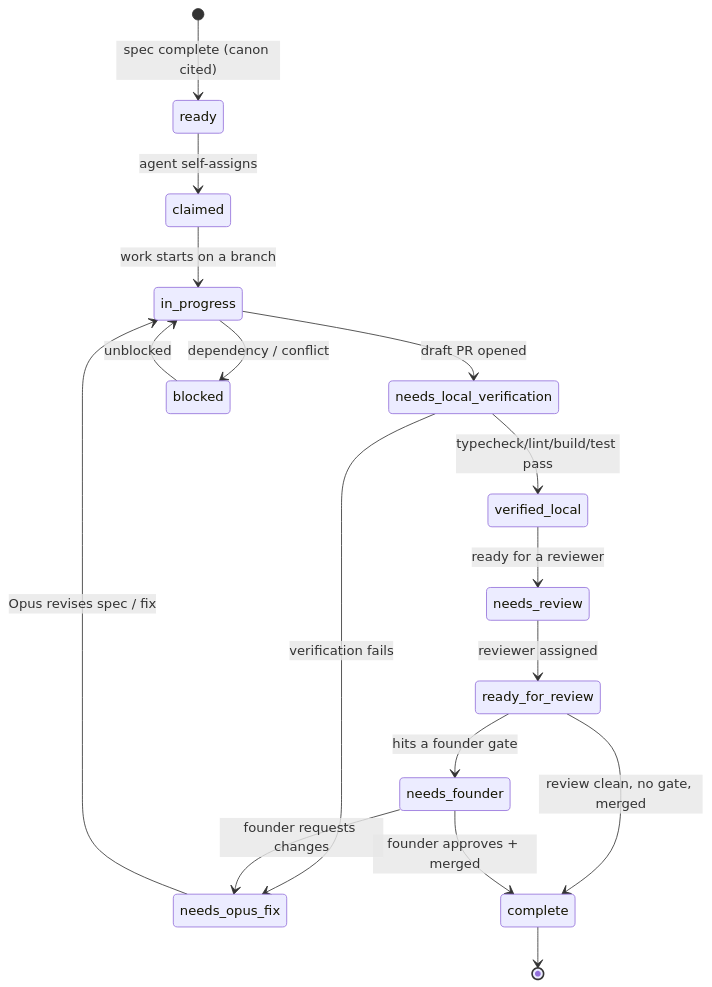
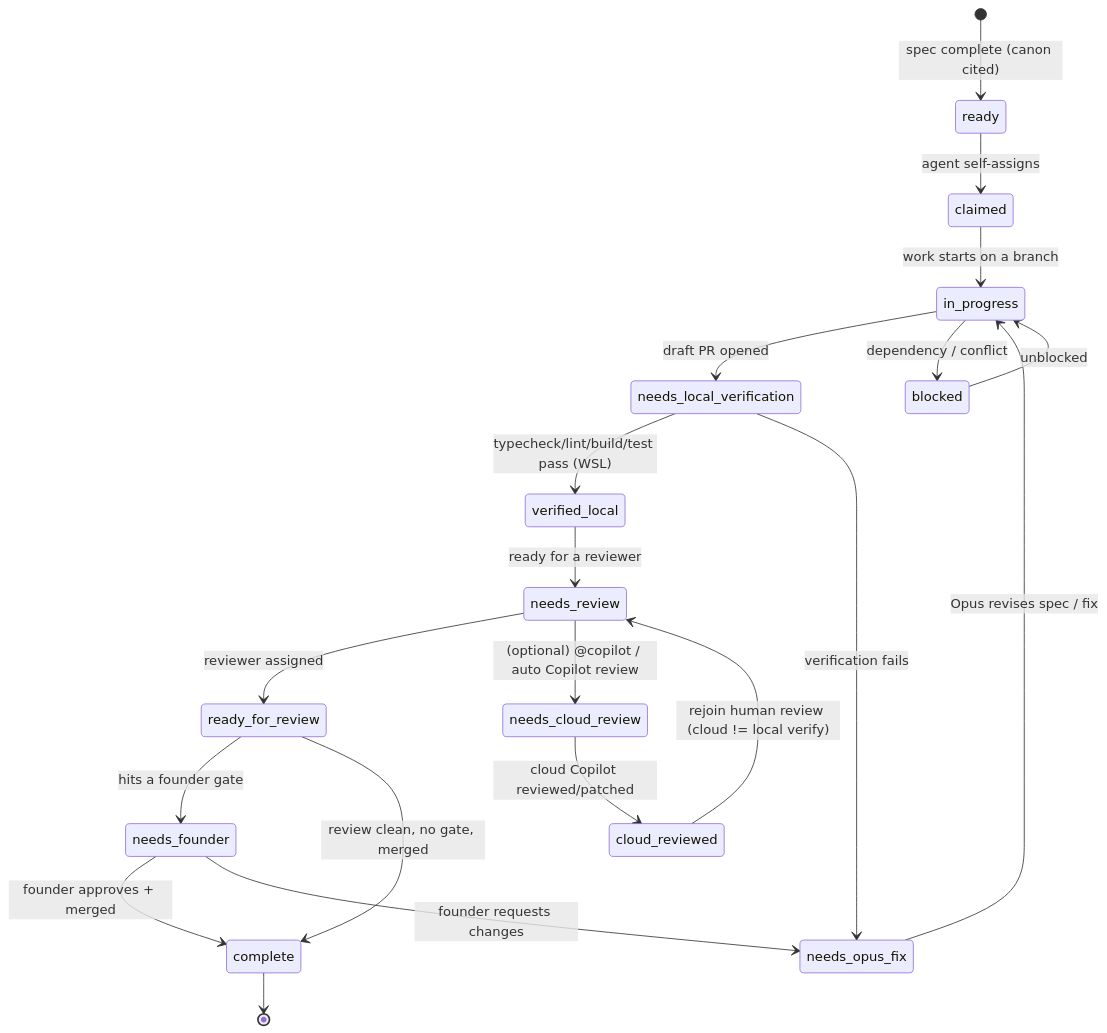
Before and after one commit to AutomatedEmpires/explore-and-earn: the diagram in docs/agents/relay-state-machine.md, drawn with Mermaid. The commit also changed other lines of this file and 8 other files, not shown here.

Commit message:
docs(agents): model two Copilots + optional cloud-review statuses (needs-cloud-review/cloud-reviewed), add Opus→Cloud→VSCode→Opus handoff templates, sync templates + seeds

````diff
--- a/docs/agents/relay-state-machine.md
+++ b/docs/agents/relay-state-machine.md
@@ -10,19 +10,24 @@
 ```mermaid
 stateDiagram-v2
     [*] --> ready: spec complete (canon cited)
     ready --> claimed: agent self-assigns
     claimed --> in_progress: work starts on a branch
     in_progress --> needs_local_verification: draft PR opened
-    needs_local_verification --> verified_local: typecheck/lint/build/test pass
+    needs_local_verification --> verified_local: typecheck/lint/build/test pass (WSL)
     needs_local_verification --> needs_opus_fix: verification fails
     needs_opus_fix --> in_progress: Opus revises spec / fix
     verified_local --> needs_review: ready for a reviewer
     needs_review --> ready_for_review: reviewer assigned
     ready_for_review --> needs_founder: hits a founder gate
     ready_for_review --> complete: review clean, no gate, merged
     needs_founder --> complete: founder approves + merged
     needs_founder --> needs_opus_fix: founder requests changes
     in_progress --> blocked: dependency / conflict
     blocked --> in_progress: unblocked
     complete --> [*]
+
+    %% Optional, parallel cloud-review side-loop (advisory only).
+    needs_review --> needs_cloud_review: (optional) @copilot / auto Copilot review
+    needs_cloud_review --> cloud_reviewed: cloud Copilot reviewed/patched
+    cloud_reviewed --> needs_review: rejoin human review (cloud != local verify)
 ```
````
